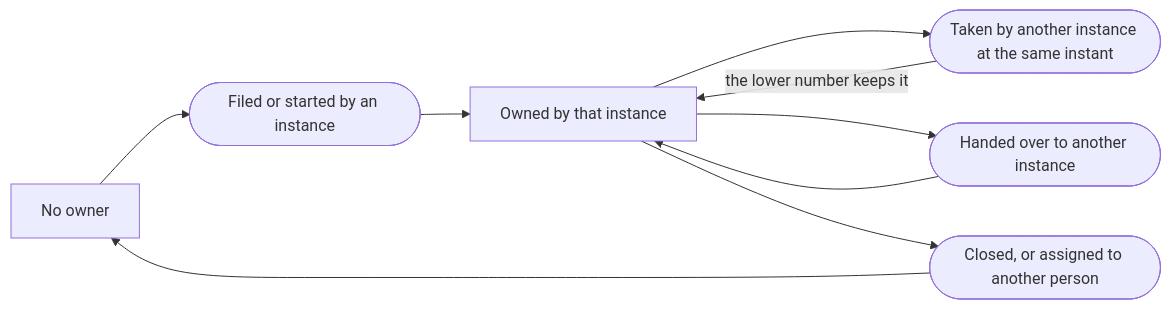
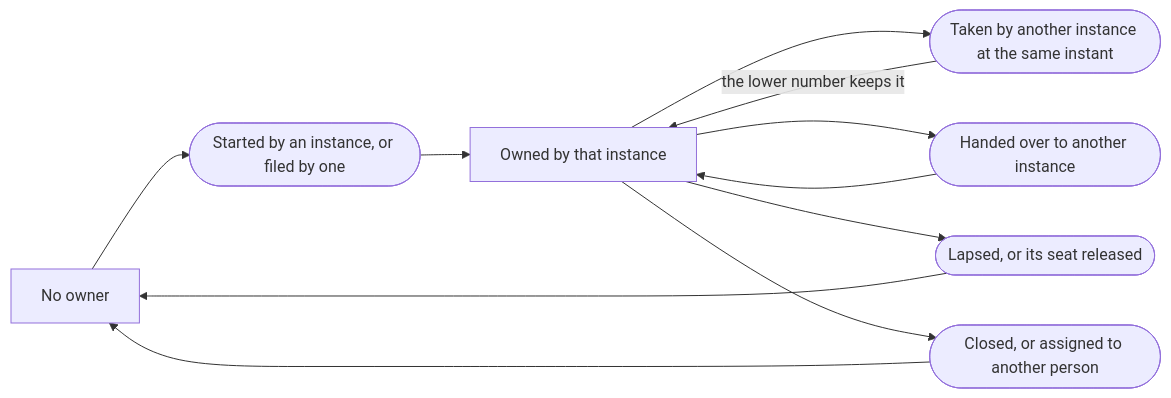
One commit to aleskalfas/project-kit changed the second of 3 diagrams in tech-docs/analysis/project-management/domain-model/060-parallel-work.md. Above: the diagram before and after it, drawn with Mermaid. The commit also changed other lines of this file and 26 other files, not shown here.

````diff
--- a/tech-docs/analysis/project-management/domain-model/060-parallel-work.md
+++ b/tech-docs/analysis/project-management/domain-model/060-parallel-work.md
@@ -76,13 +83,15 @@
 ```mermaid
 flowchart LR
   accTitle: How an issue's owner moves
-  accDescr: An issue has no owner until an instance files it or starts it. Where two instances take it at the same instant, the lower number keeps it. A hand-over moves it to another instance. A close, or a new assignee, clears it.
-  none[No owner] --> taken([Filed or started by an instance])
+  accDescr: An issue has no owner until an instance starts it, or files it from a seat other than the planning agent's. Where two instances take it at the same instant, the lower number keeps it. A hand-over moves it to another instance. A close, or a new assignee, clears it. In a project with a topology, an ownership that lapses, or whose seat is released, stops counting.
+  none[No owner] --> taken([Started by an instance, or filed by one])
   taken --> owned[Owned by that instance]
   owned --> clash([Taken by another instance at the same instant])
   clash -->|the lower number keeps it| owned
   owned --> handed([Handed over to another instance])
   handed --> owned
+  owned --> stopped([Lapsed, or its seat released])
+  stopped --> none
   owned --> cleared([Closed, or assigned to another person])
   cleared --> none
 ```
````
